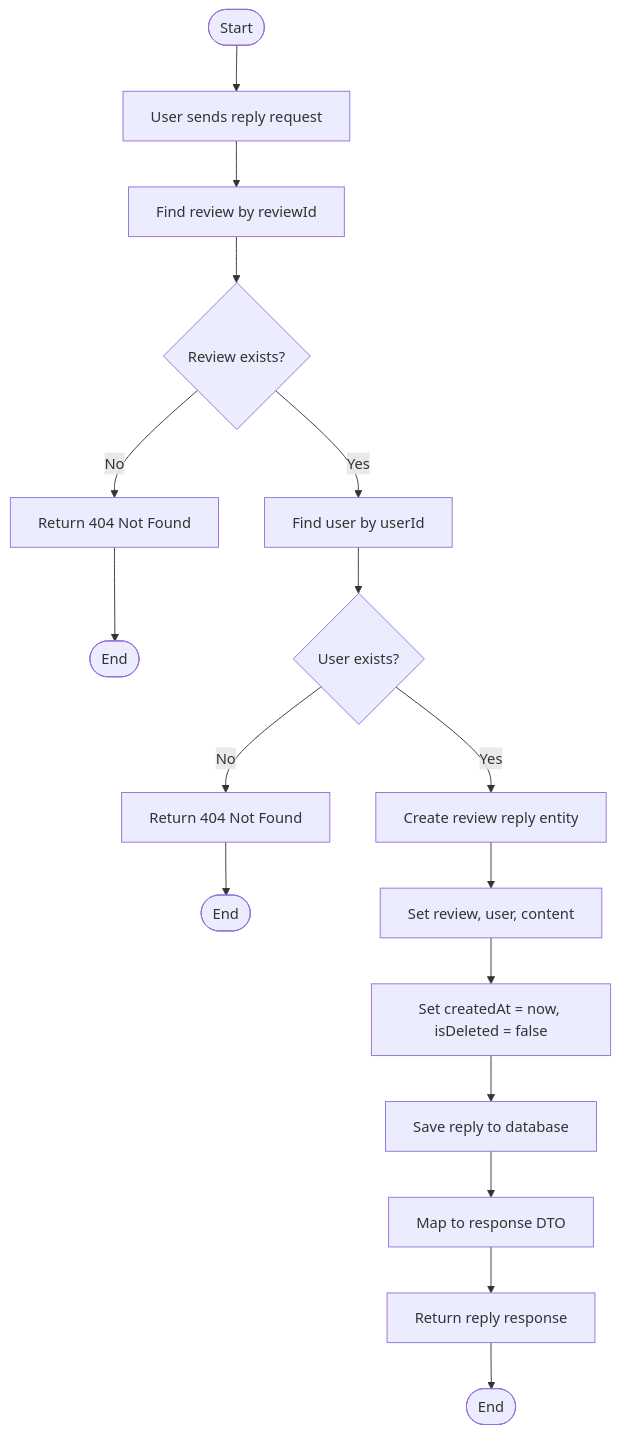
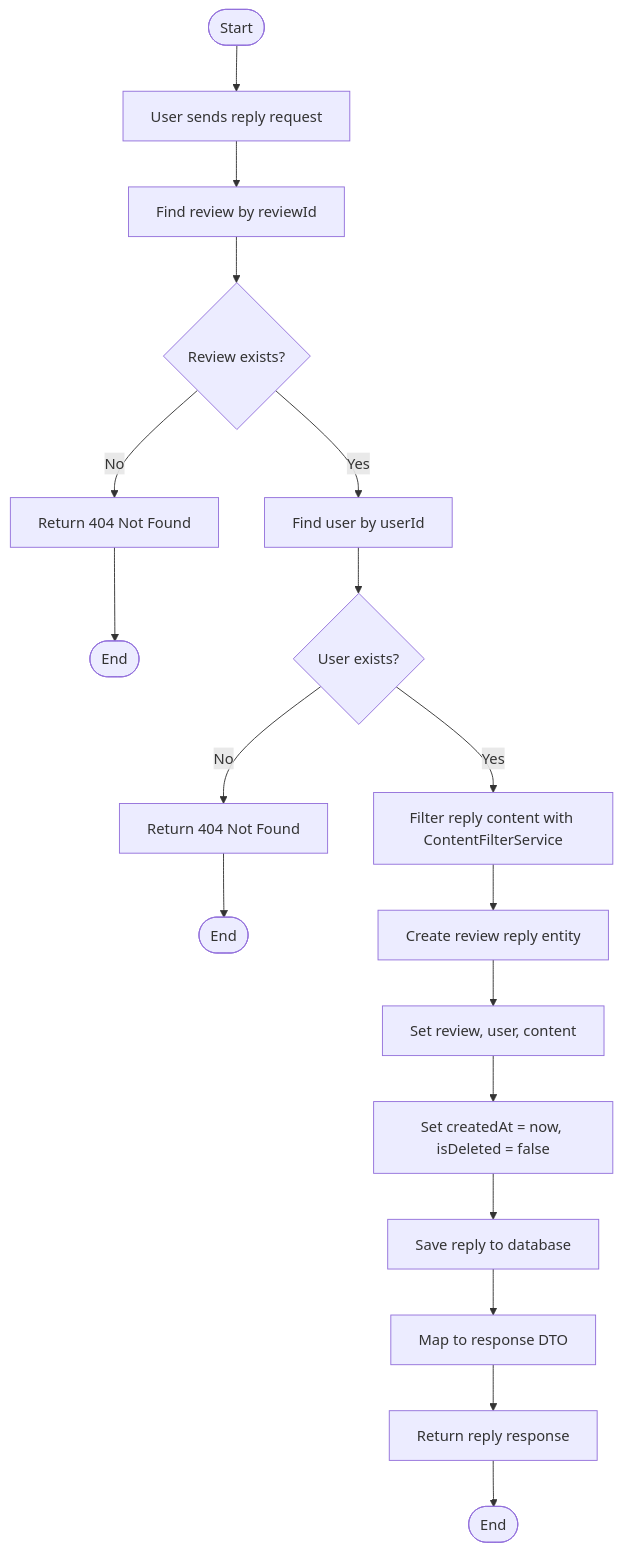
One commit to phongkhongxai/vietchef changed the fourth of 11 diagrams in docs/Review System Diagrams.md. Above: the diagram before and after it, drawn with Mermaid. The commit also changed other lines of this file and 15 other files, not shown here.

````diff
--- a/docs/Review System Diagrams.md
+++ b/docs/Review System Diagrams.md
@@ -313,19 +334,20 @@
 ```mermaid
 flowchart TD
     Start([Start]) --> A[User sends reply request]
     A --> B[Find review by reviewId]
     B --> C{Review exists?}
     C -->|No| D[Return 404 Not Found]
     D --> End1([End])
     C -->|Yes| E[Find user by userId]
     E --> F{User exists?}
     F -->|No| G[Return 404 Not Found]
     G --> End2([End])
-    F -->|Yes| H[Create review reply entity]
-    H --> I[Set review, user, content]
+    F -->|Yes| H1[Filter reply content with ContentFilterService]
+    H1 --> H2[Create review reply entity]
+    H2 --> I[Set review, user, content]
     I --> J[Set createdAt = now, isDeleted = false]
     J --> K[Save reply to database]
     K --> L[Map to response DTO]
     L --> M[Return reply response]
     M --> End3([End])
 ```
````
